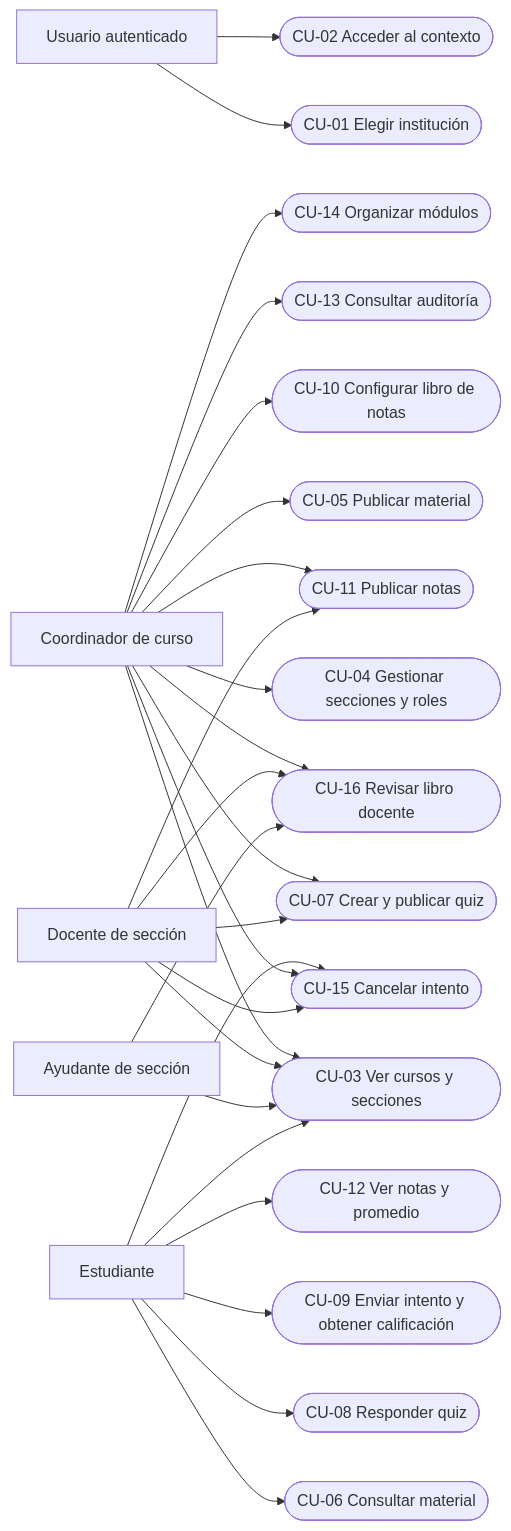
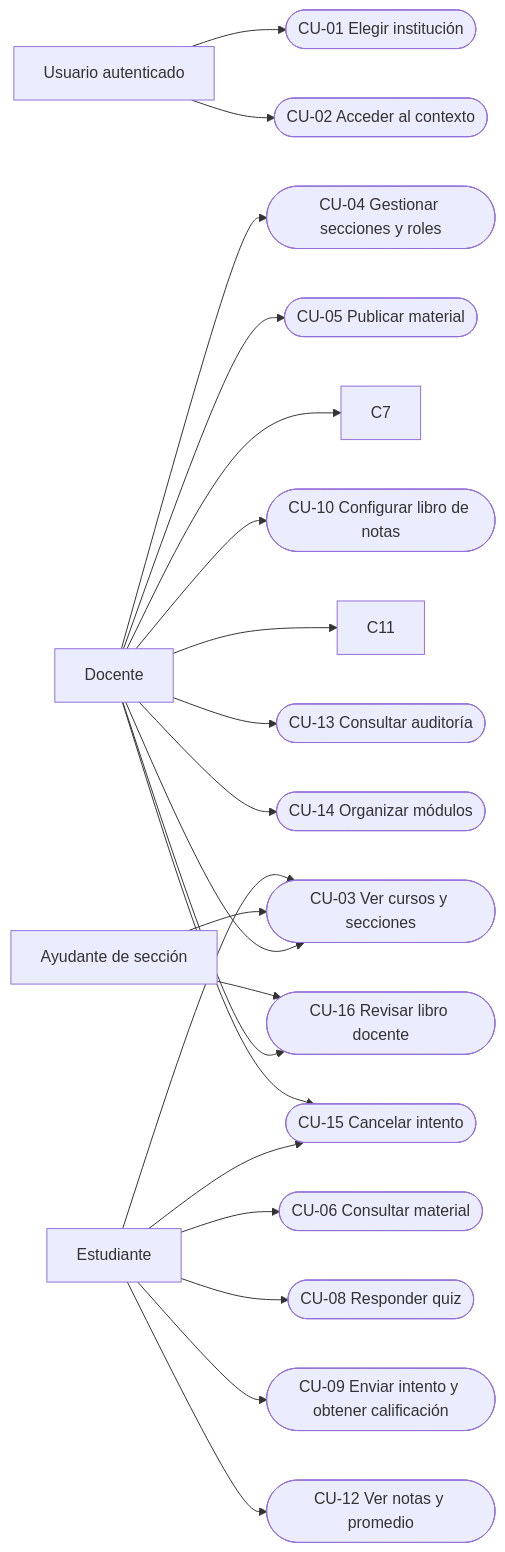
Before and after one commit to dvillas28/lock-in-team-iic3143-202602: the diagram in docs/deliveries/2/03-use-cases-and-requirements.md, drawn with Mermaid. The commit also changed other lines of this file and 11 other files, not shown here.

````diff
--- a/docs/deliveries/2/03-use-cases-and-requirements.md
+++ b/docs/deliveries/2/03-use-cases-and-requirements.md
@@ -54,28 +54,23 @@
 ```mermaid
 flowchart LR
   U[Usuario autenticado] --> C1([CU-01 Elegir institución])
   U --> C2([CU-02 Acceder al contexto])
-  CO[Coordinador de curso] --> C3([CU-03 Ver cursos y secciones])
-  DO[Docente de sección] --> C3
+  DO[Docente] --> C3([CU-03 Ver cursos y secciones])
   AY[Ayudante de sección] --> C3
   ES[Estudiante] --> C3
-  CO --> C4([CU-04 Gestionar secciones y roles])
-  CO --> C5([CU-05 Publicar material])
+  DO --> C4([CU-04 Gestionar secciones y roles])
+  DO --> C5([CU-05 Publicar material])
   ES --> C6([CU-06 Consultar material])
-  CO --> C7([CU-07 Crear y publicar quiz])
   DO --> C7
   ES --> C8([CU-08 Responder quiz])
   ES --> C9([CU-09 Enviar intento y obtener calificación])
-  CO --> C10([CU-10 Configurar libro de notas])
-  CO --> C11([CU-11 Publicar notas])
+  DO --> C10([CU-10 Configurar libro de notas])
   DO --> C11
   ES --> C12([CU-12 Ver notas y promedio])
-  CO --> C13([CU-13 Consultar auditoría])
-  CO --> C14([CU-14 Organizar módulos])
+  DO --> C13([CU-13 Consultar auditoría])
+  DO --> C14([CU-14 Organizar módulos])
   ES --> C15([CU-15 Cancelar intento])
-  CO --> C15
   DO --> C15
-  CO --> C16([CU-16 Revisar libro docente])
-  DO --> C16
+  DO --> C16([CU-16 Revisar libro docente])
   AY --> C16
 ```
````
